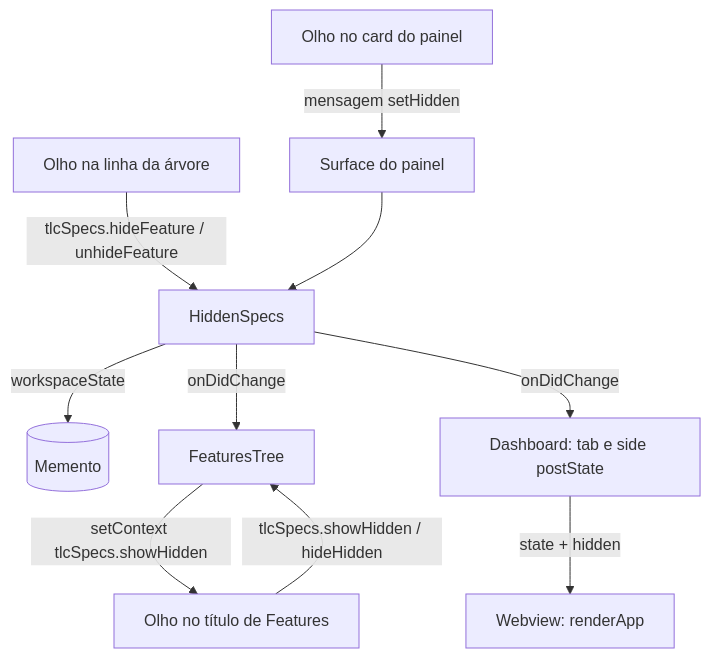
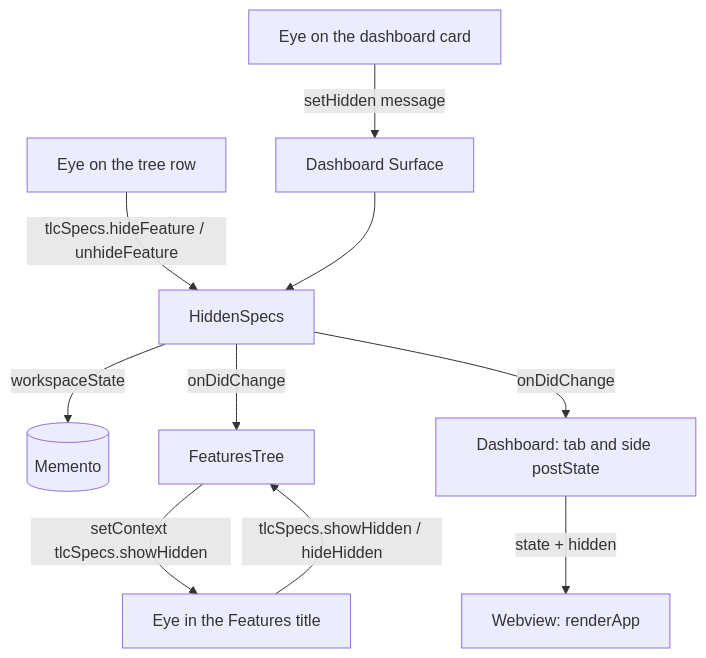
One commit to jaymeklein/visual-tlc changed the diagram in .specs/features/hidden-specs/design.md. Above: the diagram before and after it, drawn with Mermaid. The commit also changed other lines of this file and 57 other files, not shown here.

````diff
--- a/.specs/features/hidden-specs/design.md
+++ b/.specs/features/hidden-specs/design.md
@@ -12,11 +12,11 @@
 ```mermaid
 graph TD
-    T[Olho na linha da árvore] -->|tlcSpecs.hideFeature / unhideFeature| H[HiddenSpecs]
-    C[Olho no card do painel] -->|mensagem setHidden| S[Surface do painel] --> H
+    T[Eye on the tree row] -->|tlcSpecs.hideFeature / unhideFeature| H[HiddenSpecs]
+    C[Eye on the dashboard card] -->|setHidden message| S[Dashboard Surface] --> H
     H -->|workspaceState| M[(Memento)]
     H -->|onDidChange| F[FeaturesTree]
-    H -->|onDidChange| D[Dashboard: tab e side postState]
+    H -->|onDidChange| D[Dashboard: tab and side postState]
     D -->|state + hidden| W[Webview: renderApp]
-    G[Olho no título de Features] -->|tlcSpecs.showHidden / hideHidden| F
+    G[Eye in the Features title] -->|tlcSpecs.showHidden / hideHidden| F
     F -->|setContext tlcSpecs.showHidden| G
 ```
````
